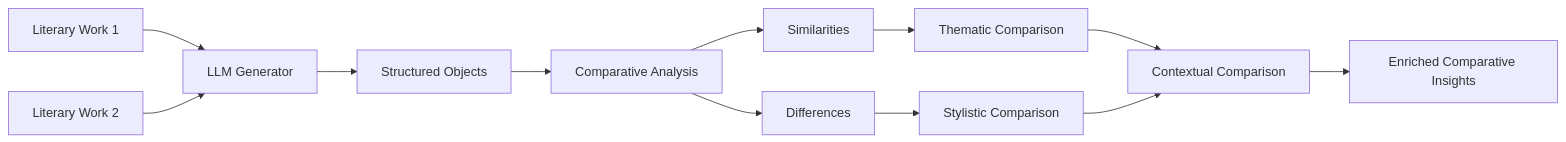
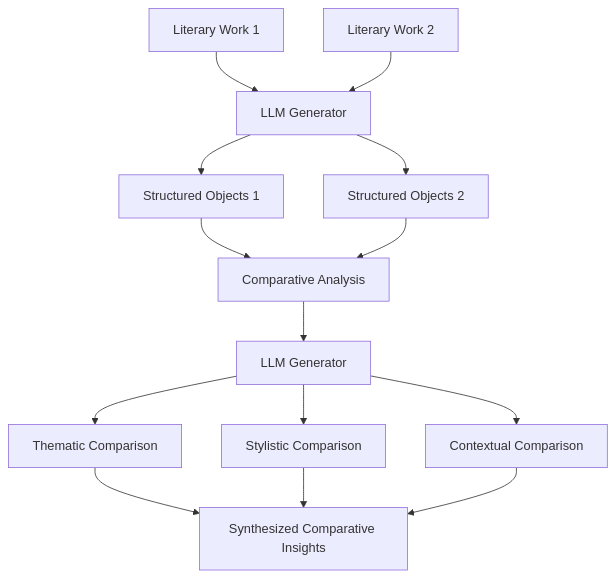
One commit to furlat/Abstractions changed diagram 11 of 15 in abstractions/angels/angels.md. Above: the diagram before and after it, drawn with Mermaid. The commit also changed other lines of this file, not shown here.

````diff
--- a/abstractions/angels/angels.md
+++ b/abstractions/angels/angels.md
@@ -296,14 +319,16 @@
 ```mermaid
-graph LR
+graph TD
     A[Literary Work 1] --> B[LLM Generator]
     C[Literary Work 2] --> B
-    B --> D[Structured Objects]
-    D --> E[Comparative Analysis]
-    E --> F[Similarities]
-    E --> G[Differences]
-    F --> H[Thematic Comparison]
+    B --> D[Structured Objects 1]
+    B --> E[Structured Objects 2]
+    D --> F[Comparative Analysis]
+    E --> F
+    F --> G[LLM Generator]
+    G --> H[Thematic Comparison]
     G --> I[Stylistic Comparison]
-    H --> J[Contextual Comparison]
-    I --> J
-    J --> K[Enriched Comparative Insights]
+    G --> J[Contextual Comparison]
+    H --> K[Synthesized Comparative Insights]
+    I --> K
+    J --> K
 ```
````
